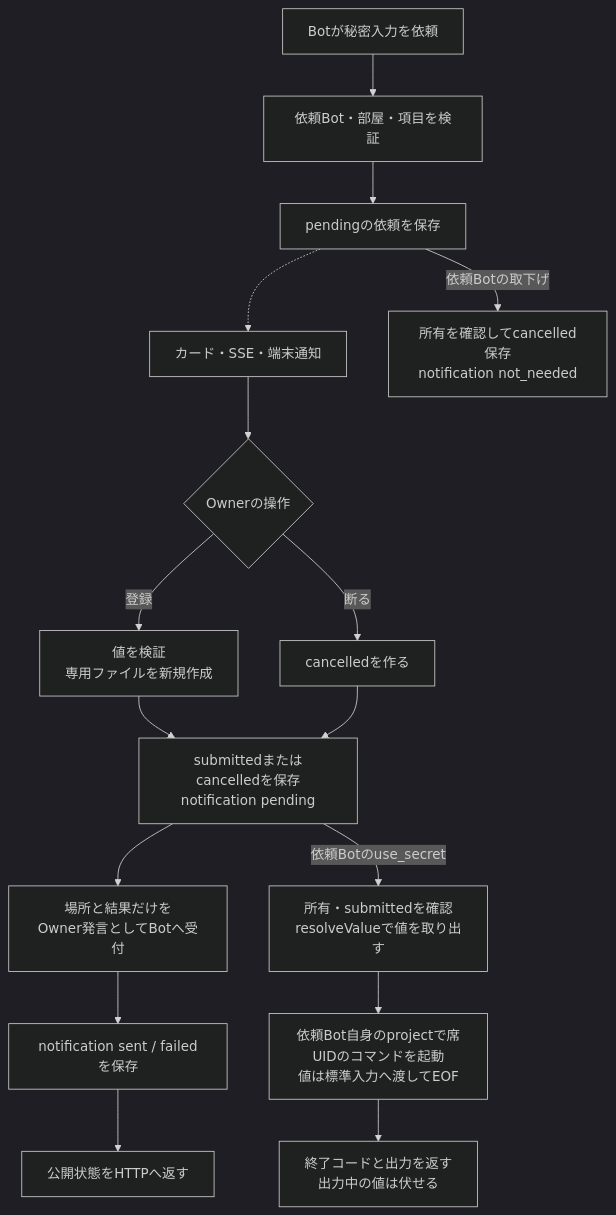
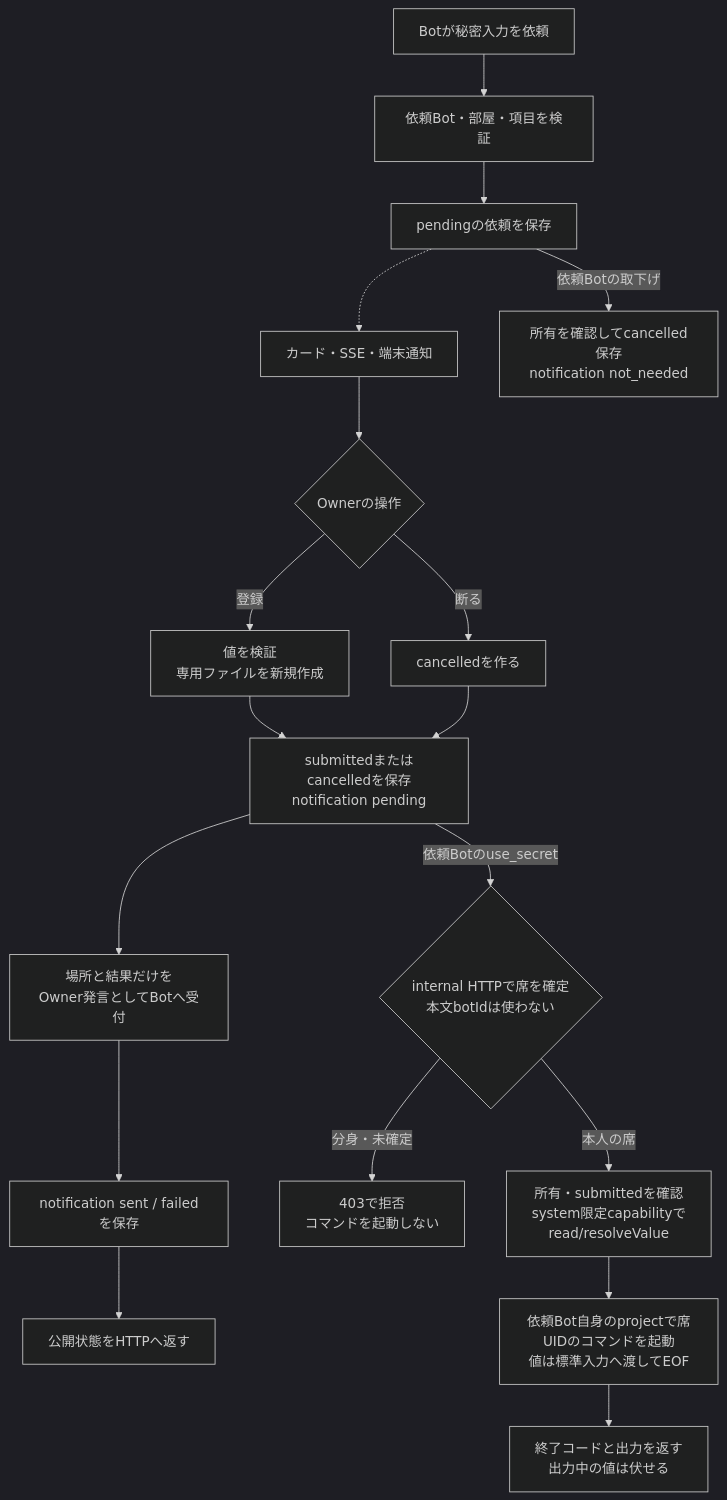
One commit to kitepon/BellTeam changed the first of 5 diagrams in docs/architecture/modules/usage/flows.md. Above: the diagram before and after it, drawn with Mermaid (dark theme). The commit also changed other lines of this file and 11 other files, not shown here.

First line of the commit message:
fix(secrets): bind use_secret to the resolved seat and refuse forks

````diff
--- a/docs/architecture/modules/usage/flows.md
+++ b/docs/architecture/modules/usage/flows.md
@@ -7,18 +7,20 @@
 ```mermaid
 flowchart TD
   Ask["Botが秘密入力を依頼"] --> Create["依頼Bot・部屋・項目を検証"]
   Create --> Pending["pendingの依頼を保存"]
   Pending -.-> Card["カード・SSE・端末通知"]
   Card --> Owner{"Ownerの操作"}
   Owner -->|"登録"| Value["値を検証<br/>専用ファイルを新規作成"]
   Owner -->|"断る"| Cancel["cancelledを作る"]
   Value --> State["submittedまたはcancelledを保存<br/>notification pending"]
   Cancel --> State
   State --> Notify["場所と結果だけを<br/>Owner発言としてBotへ受付"]
   Notify --> Result["notification sent / failedを保存"]
   Result --> Reply["公開状態をHTTPへ返す"]
   Pending -->|"依頼Botの取下げ"| Withdraw["所有を確認してcancelled保存<br/>notification not_needed"]
-  State -->|"依頼Botのuse_secret"| Use["所有・submittedを確認<br/>resolveValueで値を取り出す"]
+  State -->|"依頼Botのuse_secret"| Seat{"internal HTTPで席を確定<br/>本文botIdは使わない"}
+  Seat -->|"分身・未確定"| Refuse["403で拒否<br/>コマンドを起動しない"]
+  Seat -->|"本人の席"| Use["所有・submittedを確認<br/>system限定capabilityで<br/>read/resolveValue"]
   Use --> SeatRun["依頼Bot自身のprojectで席UIDのコマンドを起動<br/>値は標準入力へ渡してEOF"]
   SeatRun --> UseReply["終了コードと出力を返す<br/>出力中の値は伏せる"]
 ```
````
